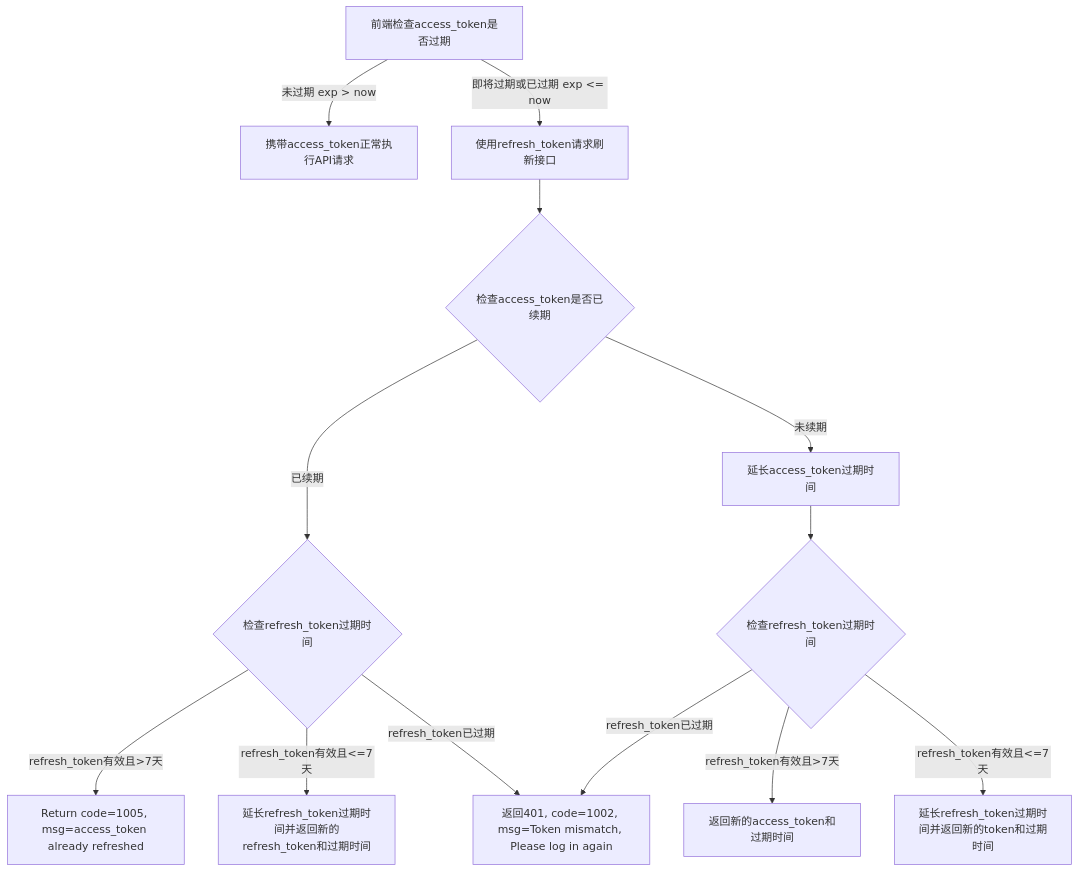
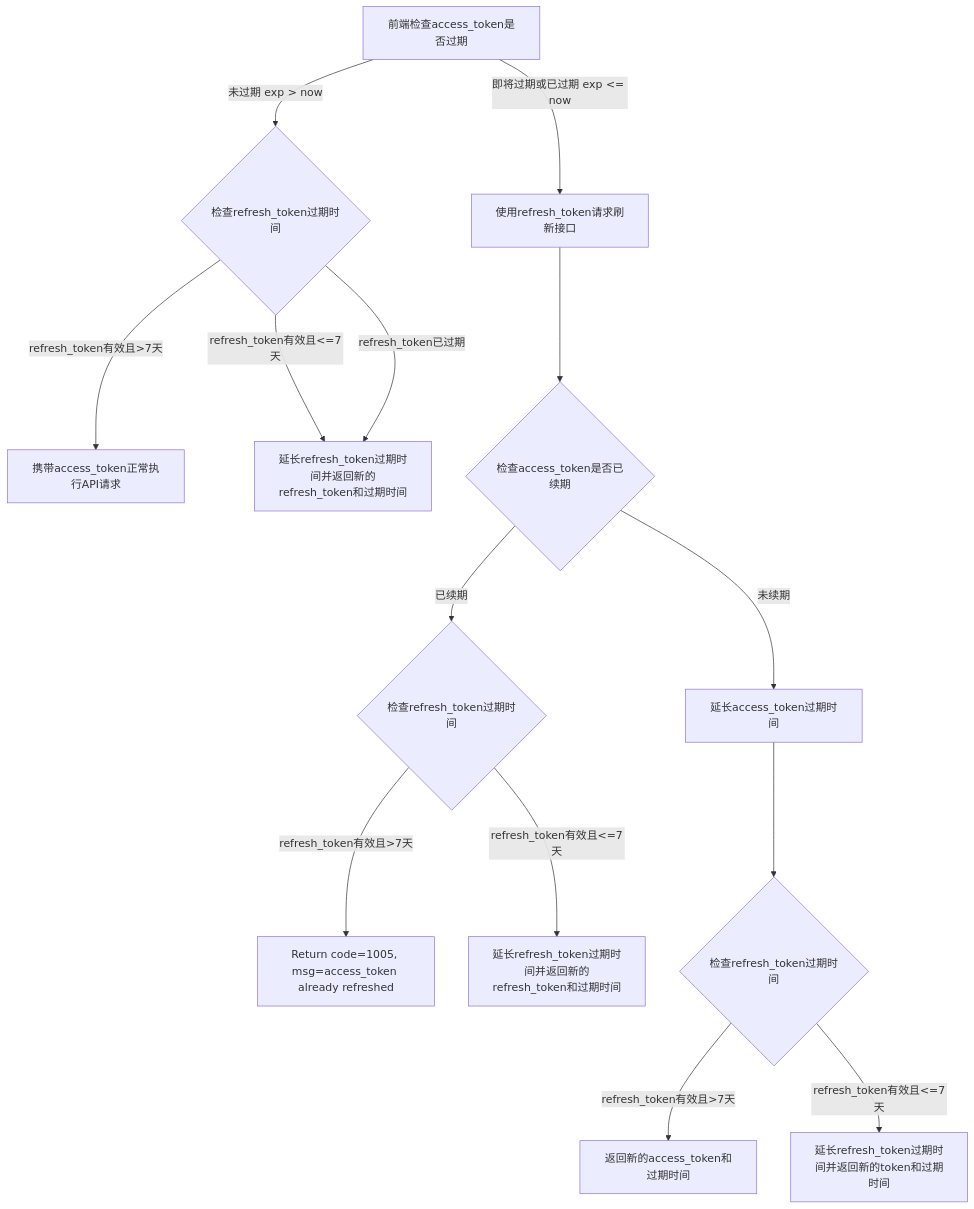
Before and after one commit to yingjianzh/iodraw-files: the diagram in all/未命名-19.md, drawn with Mermaid.

Commit message:
2025-01-09 09:23:27 update

````diff
--- a/all/未命名-19.md
+++ b/all/未命名-19.md
@@ -1,17 +1,18 @@
 ```mermaid
 flowchart TD
     A[前端检查access_token是否过期] 
-    A -->|未过期 exp > now| B[携带access_token正常执行API请求]
-    A -->|即将过期或已过期 exp <= now| C[使用refresh_token请求刷新接口]
-    C --> D{检查access_token是否已续期}
-    D -->|已续期| E{检查refresh_token过期时间}
-    D -->|未续期| F[延长access_token过期时间]
-    E -->|refresh_token有效且>7天| G[Return code=1005, msg=access_token already refreshed]
-    E -->|refresh_token有效且<=7天| H[延长refresh_token过期时间并返回新的refresh_token和过期时间]
-    E -->|refresh_token已过期| I[返回401, code=1002, msg=Token mismatch, Please log in again]
-    F --> J{检查refresh_token过期时间}
-    J -->|refresh_token有效且>7天| K[返回新的access_token和过期时间]
-    J -->|refresh_token有效且<=7天| L[延长refresh_token过期时间并返回新的token和过期时间]
-    J -->|refresh_token已过期| I
+    A -->|未过期 exp > now| B{检查refresh_token过期时间}
+    B -->|refresh_token有效且>7天| C[携带access_token正常执行API请求]
+    B -->|refresh_token有效且<=7天| D[延长refresh_token过期时间并返回新的refresh_token和过期时间]
+    B -->|refresh_token已过期| D[延长refresh_token过期时间并返回新的refresh_token和过期时间]
+    A -->|即将过期或已过期 exp <= now| E[使用refresh_token请求刷新接口]
+    E --> F{检查access_token是否已续期}
+    F -->|已续期| G{检查refresh_token过期时间}
+    F -->|未续期| H[延长access_token过期时间]
+    G -->|refresh_token有效且>7天| I[Return code=1005, msg=access_token already refreshed]
+    G -->|refresh_token有效且<=7天| J[延长refresh_token过期时间并返回新的refresh_token和过期时间]
+    H --> K{检查refresh_token过期时间}
+    K -->|refresh_token有效且>7天| L[返回新的access_token和过期时间]
+    K -->|refresh_token有效且<=7天| M[延长refresh_token过期时间并返回新的token和过期时间]
 
 ```
````
